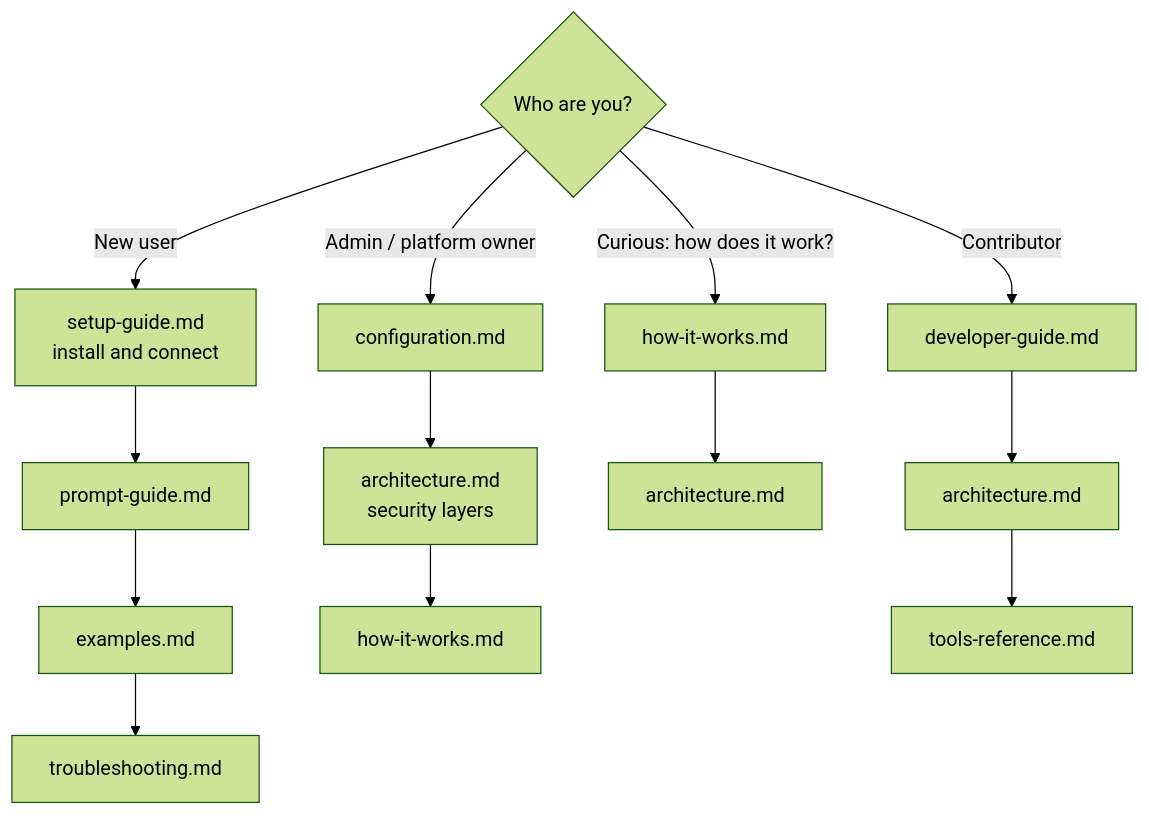
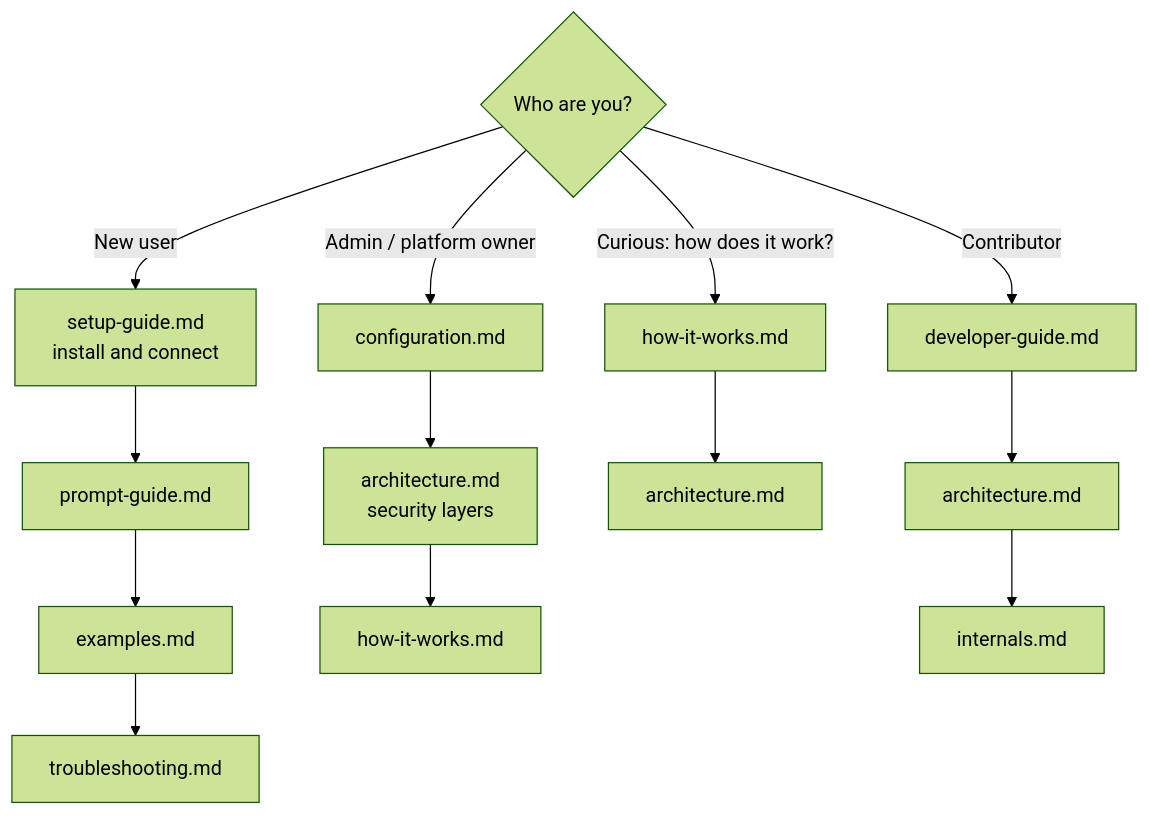
One commit to arnabdas24/aws-sso-mcp changed the diagram in docs/README.md. Above: the diagram before and after it, drawn with Mermaid (forest theme). The commit also changed other lines of this file and 23 other files, not shown here.

````diff
--- a/docs/README.md
+++ b/docs/README.md
@@ -5,8 +5,8 @@
 ```mermaid
 flowchart TD
     Q{Who are you?}
     Q -->|New user| U1[setup-guide.md<br/>install and connect] --> U2[prompt-guide.md] --> U2b[examples.md] --> U3[troubleshooting.md]
     Q -->|Admin / platform owner| A1[configuration.md] --> A2[architecture.md<br/>security layers] --> A3[how-it-works.md]
     Q -->|Curious: how does it work?| C1[how-it-works.md] --> C2[architecture.md]
-    Q -->|Contributor| D1[developer-guide.md] --> D2[architecture.md] --> D3[tools-reference.md]
+    Q -->|Contributor| D1[developer-guide.md] --> D2[architecture.md] --> D3[internals.md]
 ```
````
